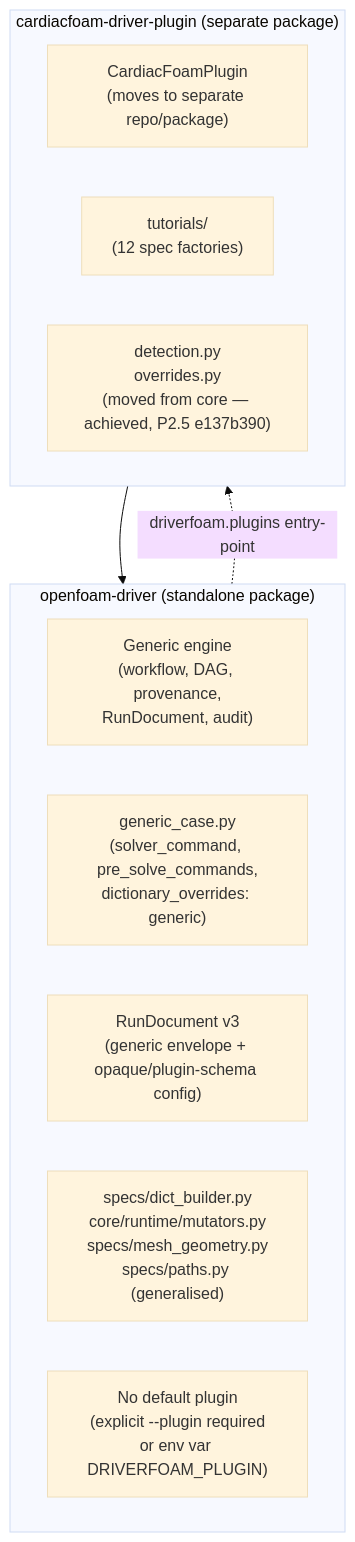
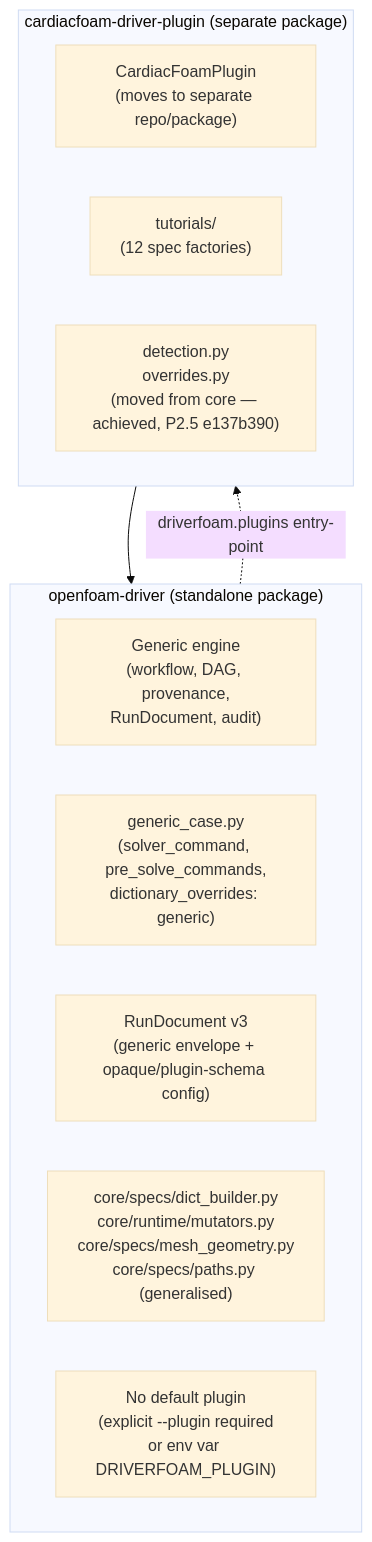
One commit to solids4foam/cardiacFoam changed the seventh of 7 diagrams in applications/scripts/driverFoam/ARCHITECTURE.md. Above: the diagram before and after it, drawn with Mermaid (base theme). The commit also changed other lines of this file and 64 other files, not shown here.

````diff
--- a/applications/scripts/driverFoam/ARCHITECTURE.md
+++ b/applications/scripts/driverFoam/ARCHITECTURE.md
@@ -789,19 +788,19 @@
 ```mermaid
 graph TB
     subgraph DriverCore["openfoam-driver (standalone package)"]
         GenEngine2["Generic engine\n(workflow, DAG, provenance,\nRunDocument, audit)"]
         GenericCaseClean["generic_case.py\n(solver_command, pre_solve_commands,\ndictionary_overrides: generic)"]
         GenericRunDoc["RunDocument v3\n(generic envelope + opaque/plugin-schema config)"]
-        OFUtils["specs/dict_builder.py\ncore/runtime/mutators.py\nspecs/mesh_geometry.py\nspecs/paths.py (generalised)"]
+        OFUtils["core/specs/dict_builder.py\ncore/runtime/mutators.py\ncore/specs/mesh_geometry.py\ncore/specs/paths.py (generalised)"]
         NoDefault["No default plugin\n(explicit --plugin required\nor env var DRIVERFOAM_PLUGIN)"]
     end
 
     subgraph CardiacAdapter["cardiacfoam-driver-plugin (separate package)"]
         CFPlugin2["CardiacFoamPlugin\n(moves to separate repo/package)"]
         CFTutorials["tutorials/\n(12 spec factories)"]
         CFDetection["detection.py\noverrides.py\n(moved from core — achieved, P2.5 e137b390)"]
     end
 
     DriverCore -. "driverfoam.plugins entry-point" .-> CardiacAdapter
     CardiacAdapter --> DriverCore
 ```
````
